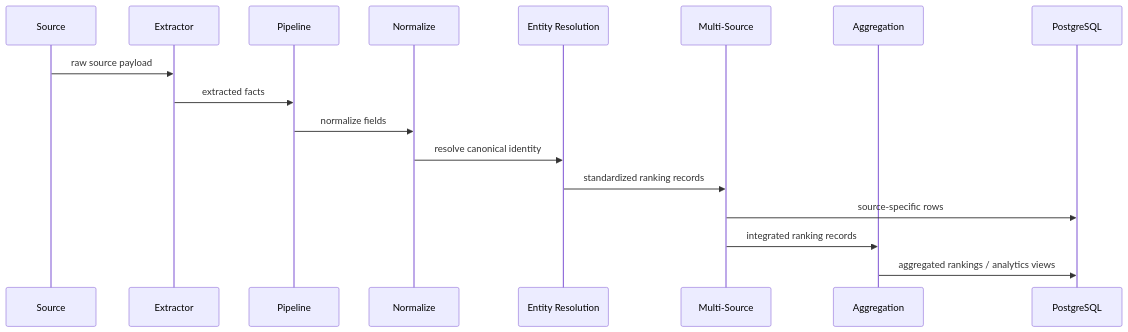
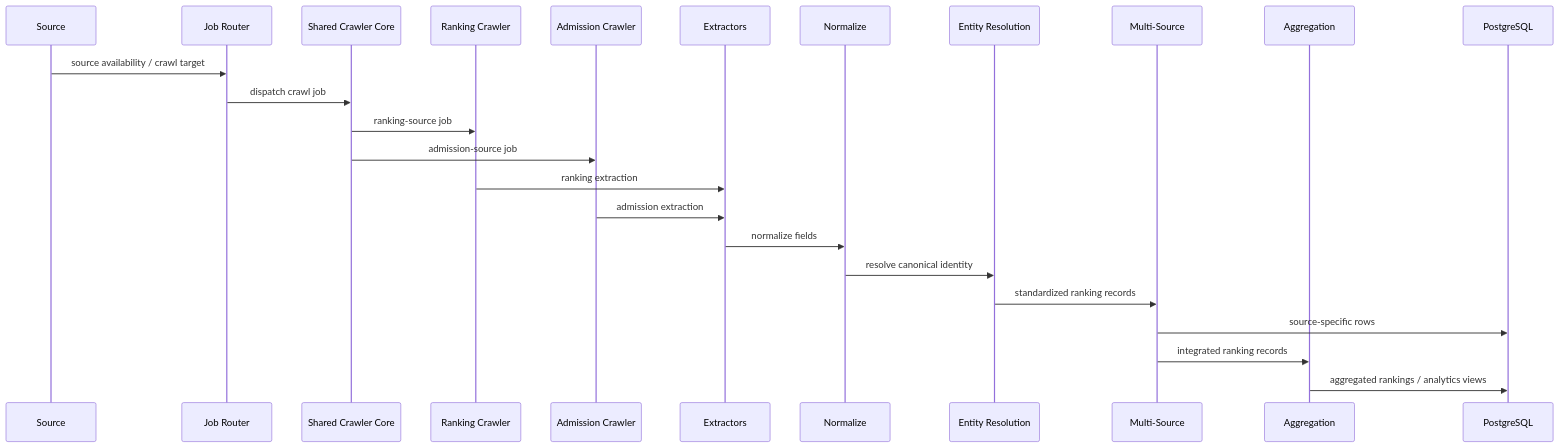
Before and after one commit to heinricitorgau/CrawlerNest: the third of 9 diagrams in docs/SYSTEM_ENGINE_ARCHITECTURE.md, drawn with Mermaid. The commit also changed other lines of this file and 1 other file, not shown here.

````diff
--- a/docs/SYSTEM_ENGINE_ARCHITECTURE.md
+++ b/docs/SYSTEM_ENGINE_ARCHITECTURE.md
@@ -114,20 +127,27 @@
 ```mermaid
 sequenceDiagram
     participant S as Source
-    participant E as Extractor
-    participant P as Pipeline
+    participant J as Job Router
+    participant C as Shared Crawler Core
+    participant RC as Ranking Crawler
+    participant AC as Admission Crawler
+    participant E as Extractors
     participant N as Normalize
     participant R as Entity Resolution
     participant M as Multi-Source
     participant A as Aggregation
     participant D as PostgreSQL
 
-    S->>E: raw source payload
-    E->>P: extracted facts
-    P->>N: normalize fields
+    S->>J: source availability / crawl target
+    J->>C: dispatch crawl job
+    C->>RC: ranking-source job
+    C->>AC: admission-source job
+    RC->>E: ranking extraction
+    AC->>E: admission extraction
+    E->>N: normalize fields
     N->>R: resolve canonical identity
     R->>M: standardized ranking records
     M->>D: source-specific rows
     M->>A: integrated ranking records
     A->>D: aggregated rankings / analytics views
 ```
````
